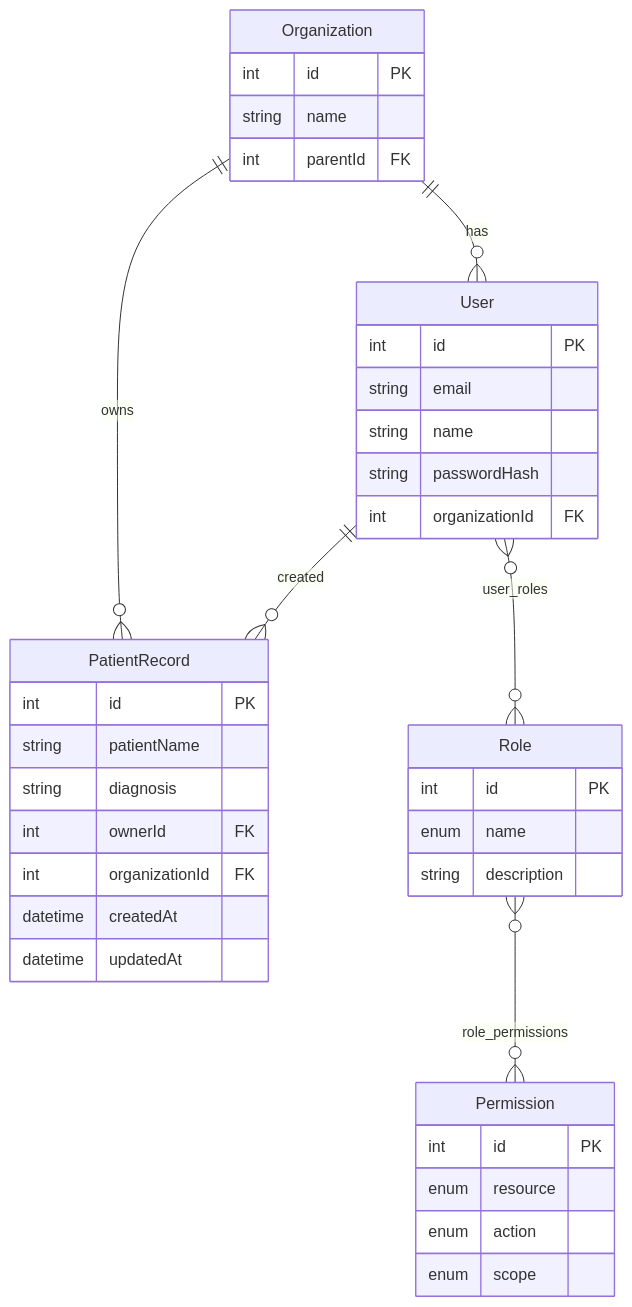
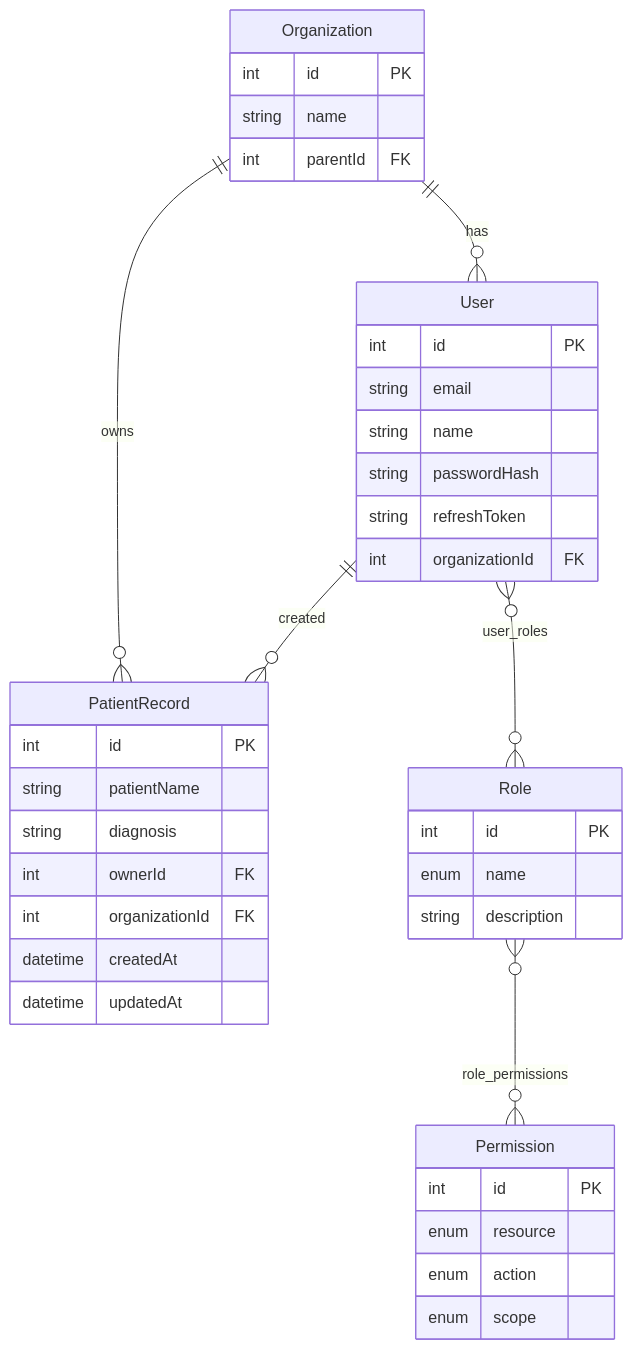
One commit to Zveroslav/Role-Based-Access-Control-System. changed the diagram in docs/er.md. Above: the diagram before and after it, drawn with Mermaid. The commit also changed 24 other files, not shown here.

````diff
--- a/docs/er.md
+++ b/docs/er.md
@@ -3,41 +3,42 @@
 ```mermaid
 erDiagram
   Organization ||--o{ User : "has"
   Organization ||--o{ PatientRecord : "owns"
   User ||--o{ PatientRecord : "created"
   User }o--o{ Role : "user_roles"
   Role }o--o{ Permission : "role_permissions"
 
   Organization {
     int id PK
     string name
     int parentId FK
   }
   User {
     int id PK
     string email
     string name
     string passwordHash
+    string refreshToken
     int organizationId FK
   }
   Role {
     int id PK
     enum name
     string description
   }
   Permission {
     int id PK
     enum resource
     enum action
     enum scope
   }
   PatientRecord {
     int id PK
     string patientName
     string diagnosis
     int ownerId FK
     int organizationId FK
     datetime createdAt
     datetime updatedAt
   }
 ```
````
